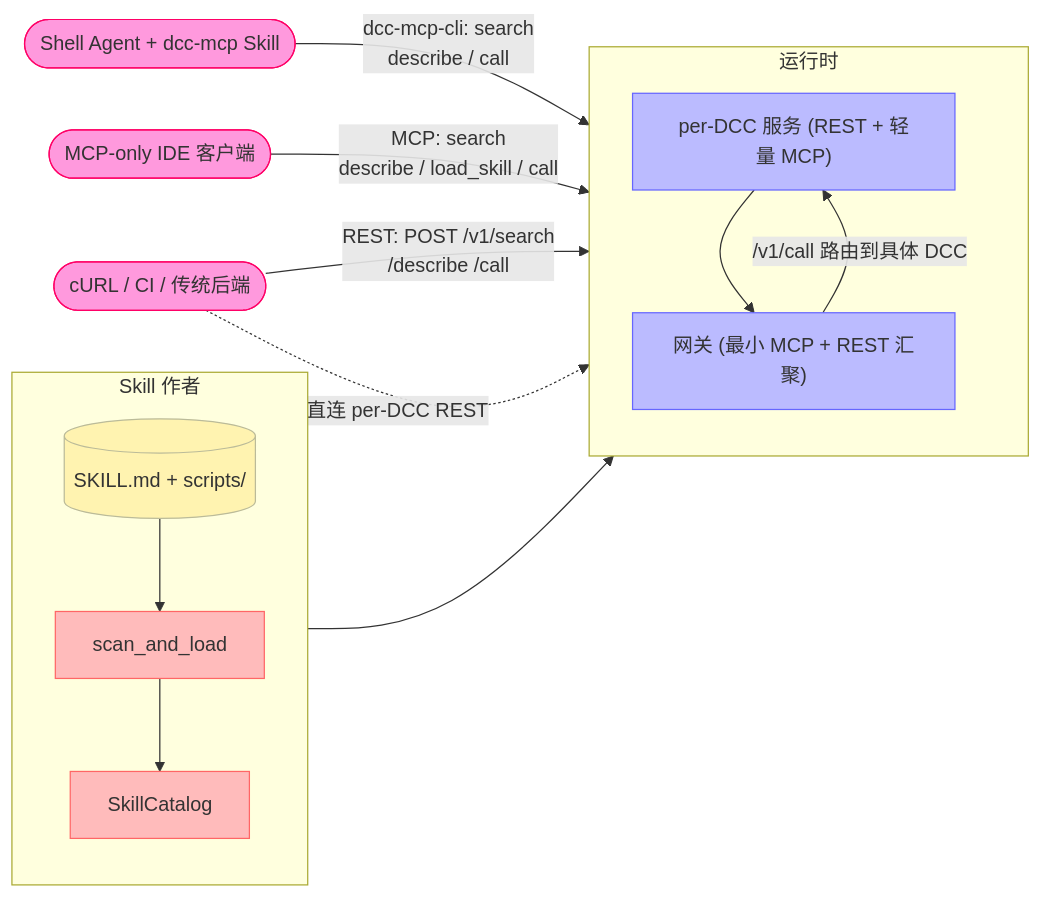
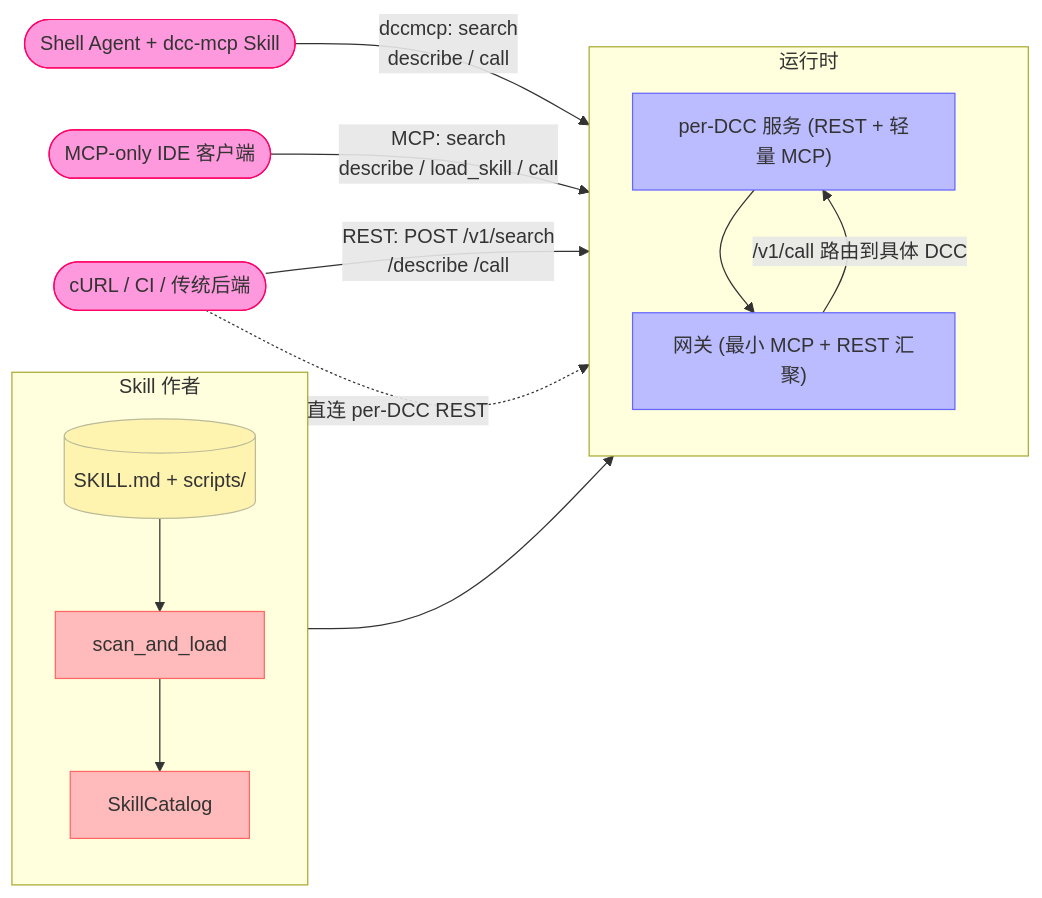
The diagram in docs/zh/guide/what-is-dcc-mcp-core.md (dcc-mcp/dcc-mcp-core), drawn with Mermaid before and after one commit. The commit also changed other lines of this file and 207 other files, not shown here.

First line of the commit message:
feat!: split DCCMCP CLI release boundary (#2944)

````diff
--- a/docs/zh/guide/what-is-dcc-mcp-core.md
+++ b/docs/zh/guide/what-is-dcc-mcp-core.md
@@ -15,33 +15,33 @@
 ```mermaid
 flowchart LR
     subgraph Author["Skill 作者"]
       direction TB
       SKILL[(SKILL.md + scripts/)]:::yaml
       SCAN[scan_and_load]:::rust
       CAT[SkillCatalog]:::rust
       SKILL --> SCAN --> CAT
     end
 
     subgraph Runtime["运行时"]
       direction TB
       PERDCC["per-DCC 服务 (REST + 轻量 MCP)"]:::server
       GW["网关 (最小 MCP + REST 汇聚)"]:::server
       CAT --> PERDCC
       PERDCC --> GW
     end
 
     AGENT([Shell Agent + dcc-mcp Skill]):::client
     IDE([MCP-only IDE 客户端]):::client
     TRAD([cURL / CI / 传统后端]):::client
 
-    AGENT -->|dcc-mcp-cli: search<br/>describe / call| GW
+    AGENT -->|dccmcp: search<br/>describe / call| GW
     IDE -->|MCP: search<br/>describe / load_skill / call| GW
     TRAD -->|REST: POST /v1/search<br/>/describe /call| GW
     TRAD -.->|直连 per-DCC REST| PERDCC
     GW -->|/v1/call 路由到具体 DCC| PERDCC
 
     classDef yaml fill:#fff3b0,stroke:#bb9,color:#333
     classDef rust fill:#fbb,stroke:#f66,color:#333
     classDef server fill:#bbf,stroke:#66f,color:#333
     classDef client fill:#f9d,stroke:#f06,color:#333
 ```
````
